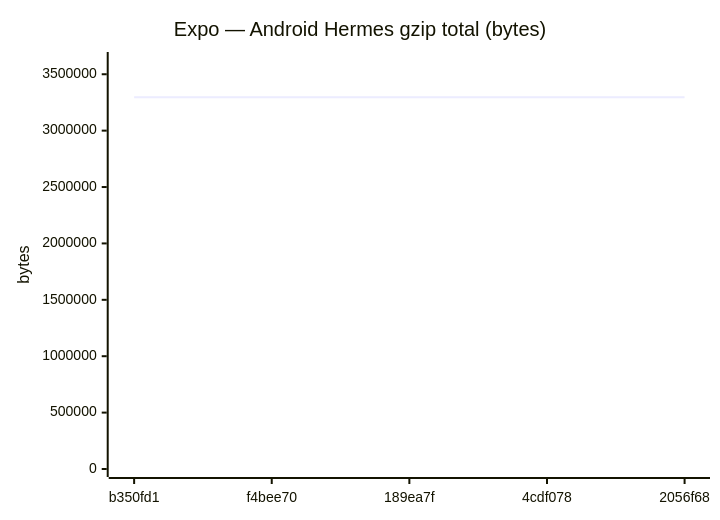
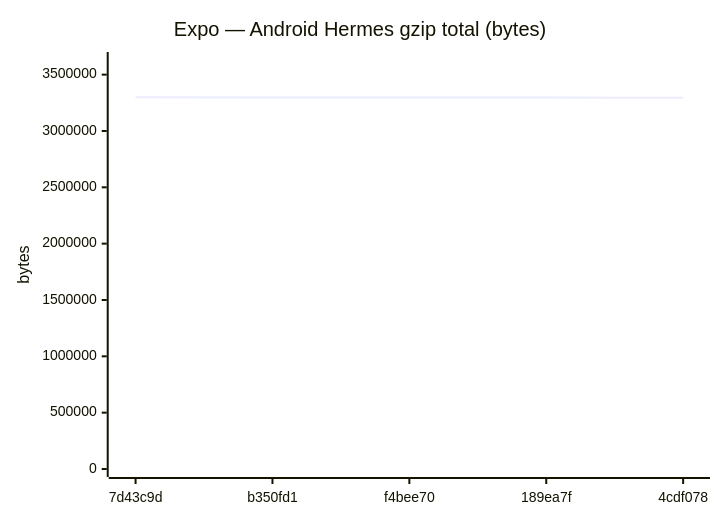
Before and after one commit to Metaheurist/Rianell: diagram 11 of 18 in benchmarks/compare.md, drawn with Mermaid. The commit also changed other lines of this file and 11 other files, not shown here.

````diff
--- a/benchmarks/compare.md
+++ b/benchmarks/compare.md
@@ -172,7 +172,7 @@
 ```mermaid
 xychart-beta
     title "Expo — Android Hermes gzip total (bytes)"
-    x-axis ["b350fd1", "f4bee70", "189ea7f", "4cdf078", "2056f68"]
-    y-axis "bytes" 0 --> 3626296
-    line [3296025, 3296632, 3296023, 3295973, 3295761]
+    x-axis ["7d43c9d", "b350fd1", "f4bee70", "189ea7f", "4cdf078"]
+    y-axis "bytes" 0 --> 3629946
+    line [3299950, 3296025, 3296632, 3296023, 3295973]
 ```
````
